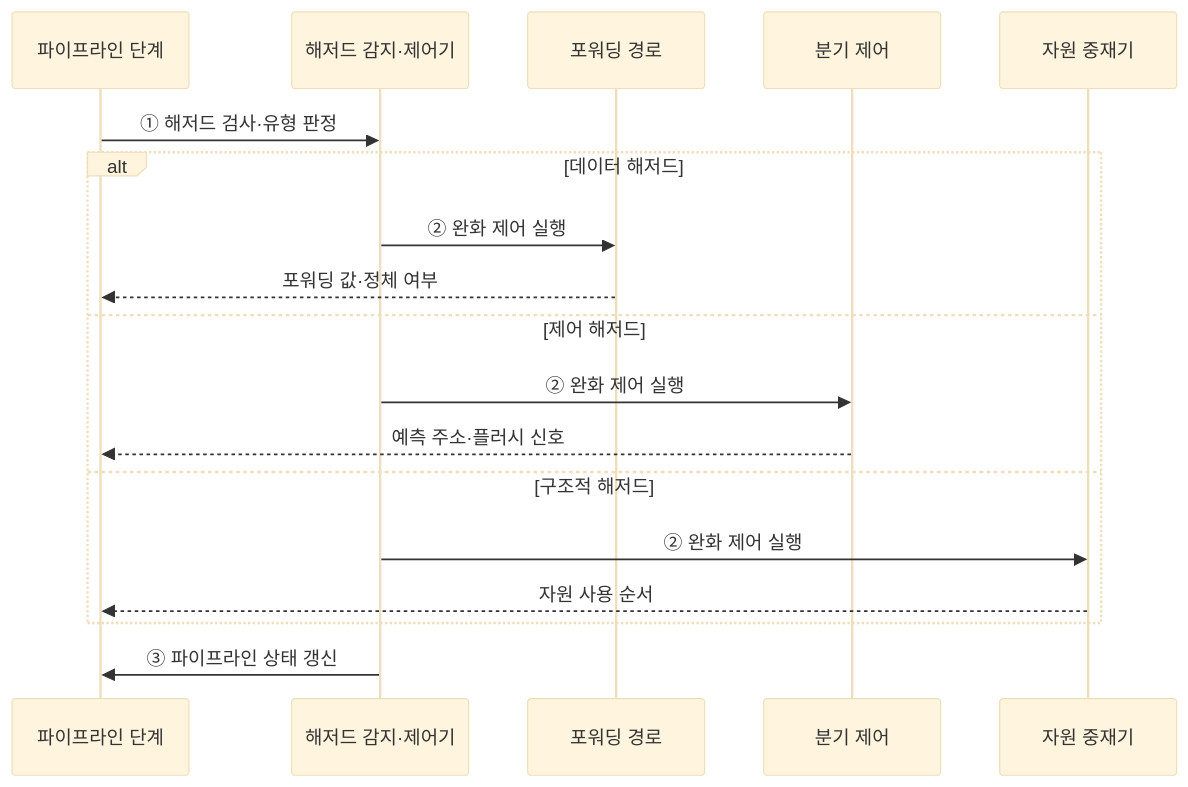
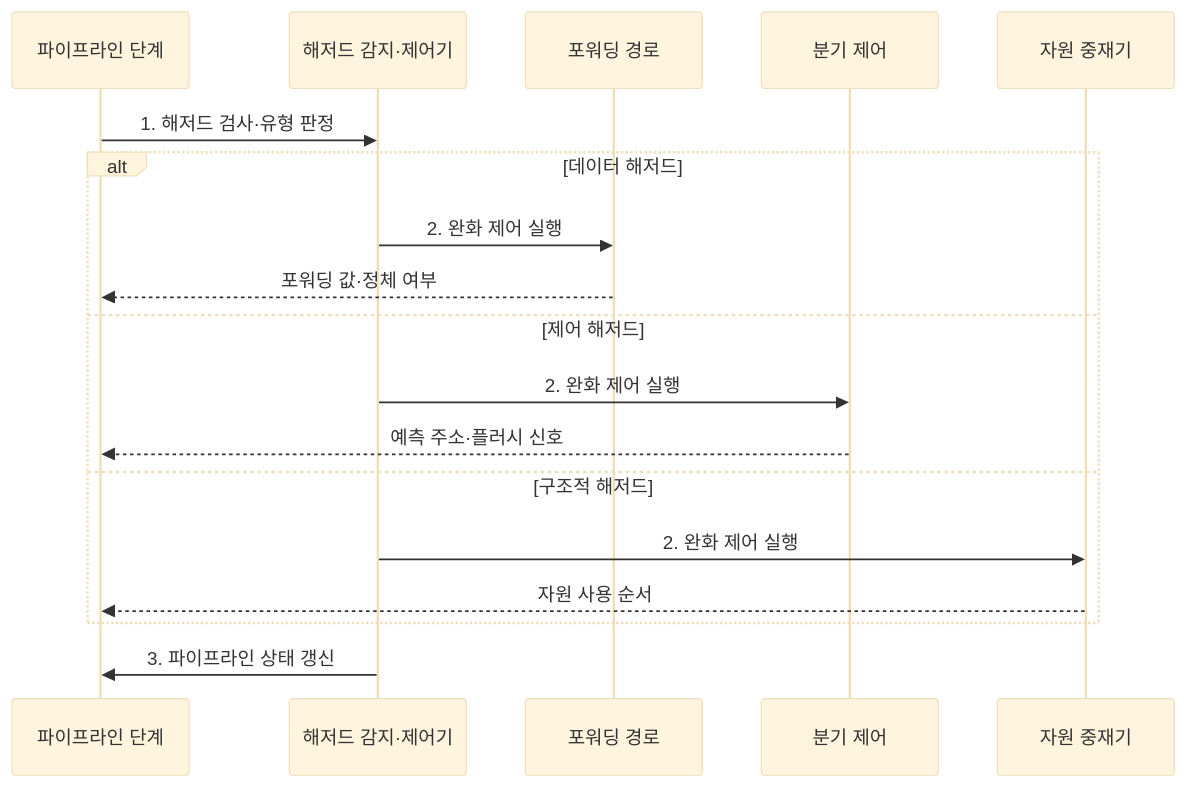
One commit to agnusdei1207/knowledge-base changed the second of 2 diagrams in src/content/docs/notes/02-hardware/007_pipeline_hazards.md. Above: the diagram before and after it, drawn with Mermaid (base theme). The commit also changed other lines of this file and 20 other files, not shown here.

````diff
--- a/src/content/docs/notes/02-hardware/007_pipeline_hazards.md
+++ b/src/content/docs/notes/02-hardware/007_pipeline_hazards.md
@@ -84,20 +88,20 @@
 ```mermaid
 sequenceDiagram
     participant P as 파이프라인 단계
     participant C as 해저드 감지·제어기
     participant F as 포워딩 경로
     participant B as 분기 제어
     participant R as 자원 중재기
-    P->>C: ① 해저드 검사·유형 판정
+    P->>C: 1. 해저드 검사·유형 판정
     alt 데이터 해저드
-        C->>F: ② 완화 제어 실행
+        C->>F: 2. 완화 제어 실행
         F-->>P: 포워딩 값·정체 여부
     else 제어 해저드
-        C->>B: ② 완화 제어 실행
+        C->>B: 2. 완화 제어 실행
         B-->>P: 예측 주소·플러시 신호
     else 구조적 해저드
-        C->>R: ② 완화 제어 실행
+        C->>R: 2. 완화 제어 실행
         R-->>P: 자원 사용 순서
     end
-    C->>P: ③ 파이프라인 상태 갱신
+    C->>P: 3. 파이프라인 상태 갱신
 ```
````
